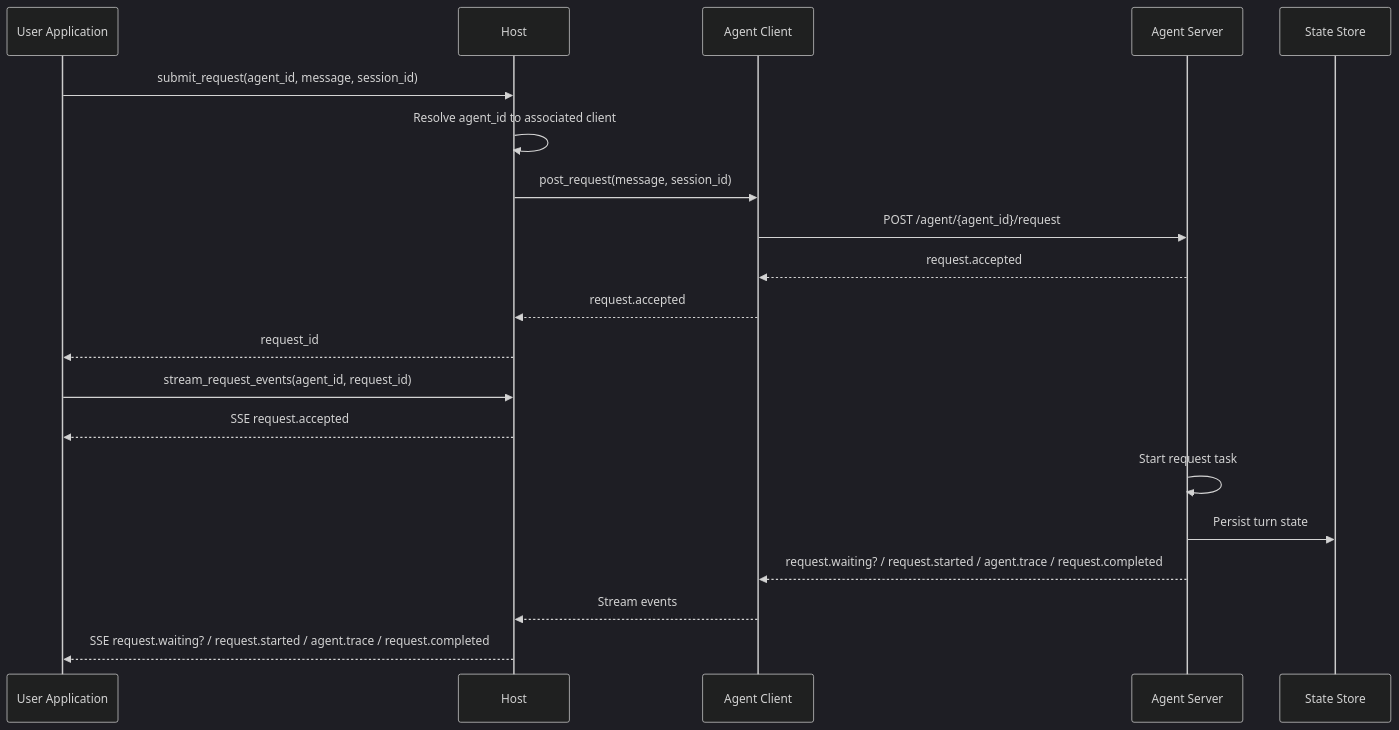
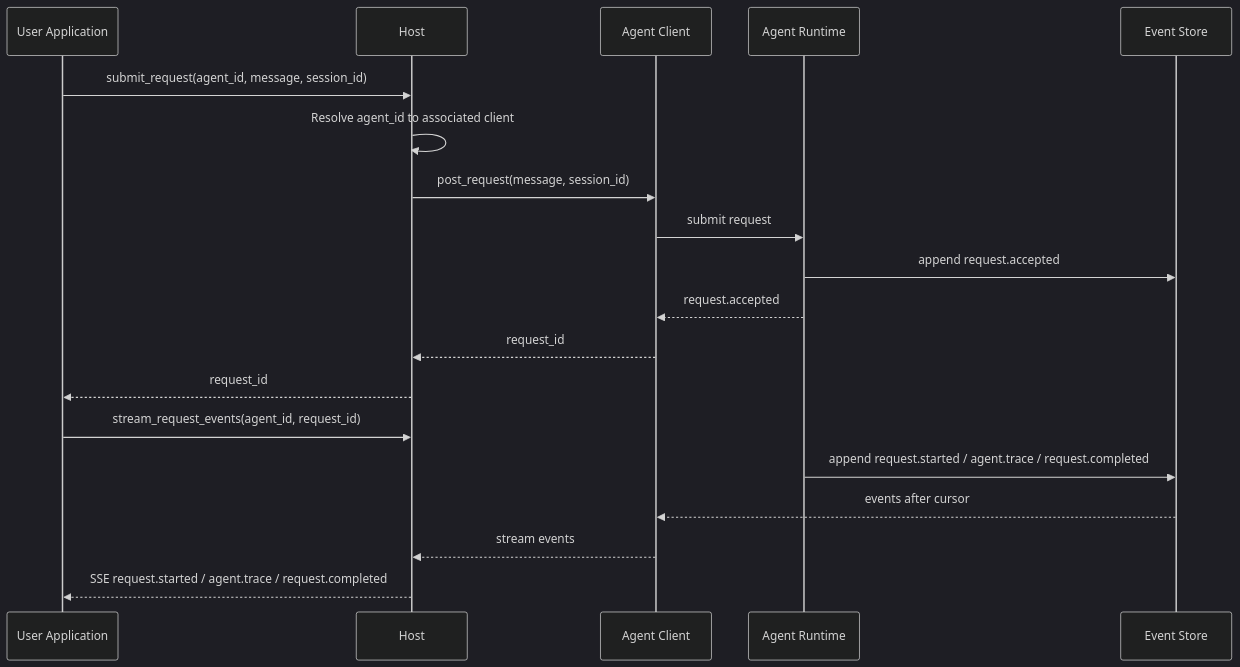
One commit to imsid/mashpy changed the second of 3 diagrams in docs/rfcs/host-to-agent-protocol.md. Above: the diagram before and after it, drawn with Mermaid (dark theme). The commit also changed other lines of this file, not shown here.

First line of the commit message:
docs(rfc): sync H2A RFC with the runtime (v0.3.0) (#197)

````diff
--- a/docs/rfcs/host-to-agent-protocol.md
+++ b/docs/rfcs/host-to-agent-protocol.md
@@ -151,23 +155,22 @@
 ```mermaid
 sequenceDiagram
     participant App as User Application
     participant Host
     participant Client as Agent Client
-    participant Server as Agent Server
-    participant Store as State Store
+    participant Agent as Agent Runtime
+    participant Store as Event Store
 
     App->>Host: submit_request(agent_id, message, session_id)
     Host->>Host: Resolve agent_id to associated client
     Host->>Client: post_request(message, session_id)
-    Client->>Server: POST /agent/{agent_id}/request
-    Server-->>Client: request.accepted
-    Client-->>Host: request.accepted
+    Client->>Agent: submit request
+    Agent->>Store: append request.accepted
+    Agent-->>Client: request.accepted
+    Client-->>Host: request_id
     Host-->>App: request_id
     App->>Host: stream_request_events(agent_id, request_id)
-    Host-->>App: SSE request.accepted
-    Server->>Server: Start request task
-    Server->>Store: Persist turn state
-    Server-->>Client: request.waiting? / request.started / agent.trace / request.completed
-    Client-->>Host: Stream events
-    Host-->>App: SSE request.waiting? / request.started / agent.trace / request.completed
+    Agent->>Store: append request.started / agent.trace / request.completed
+    Store-->>Client: events after cursor
+    Client-->>Host: stream events
+    Host-->>App: SSE request.started / agent.trace / request.completed
 ```
````
